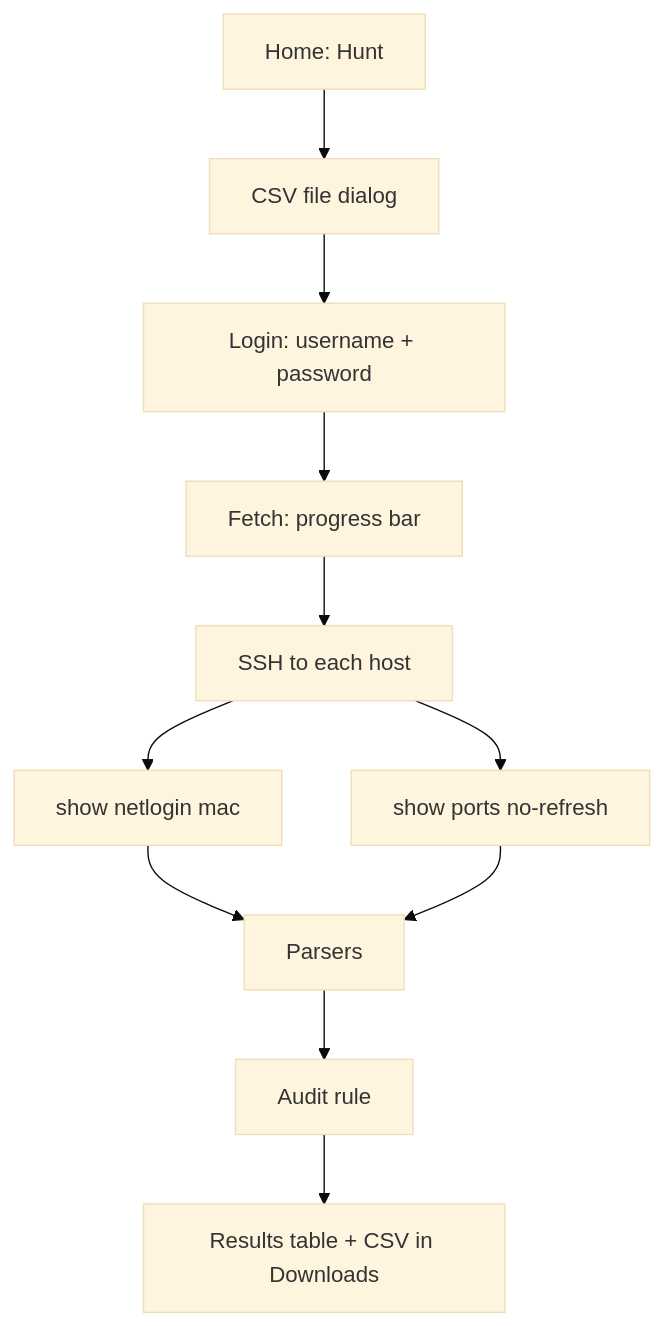
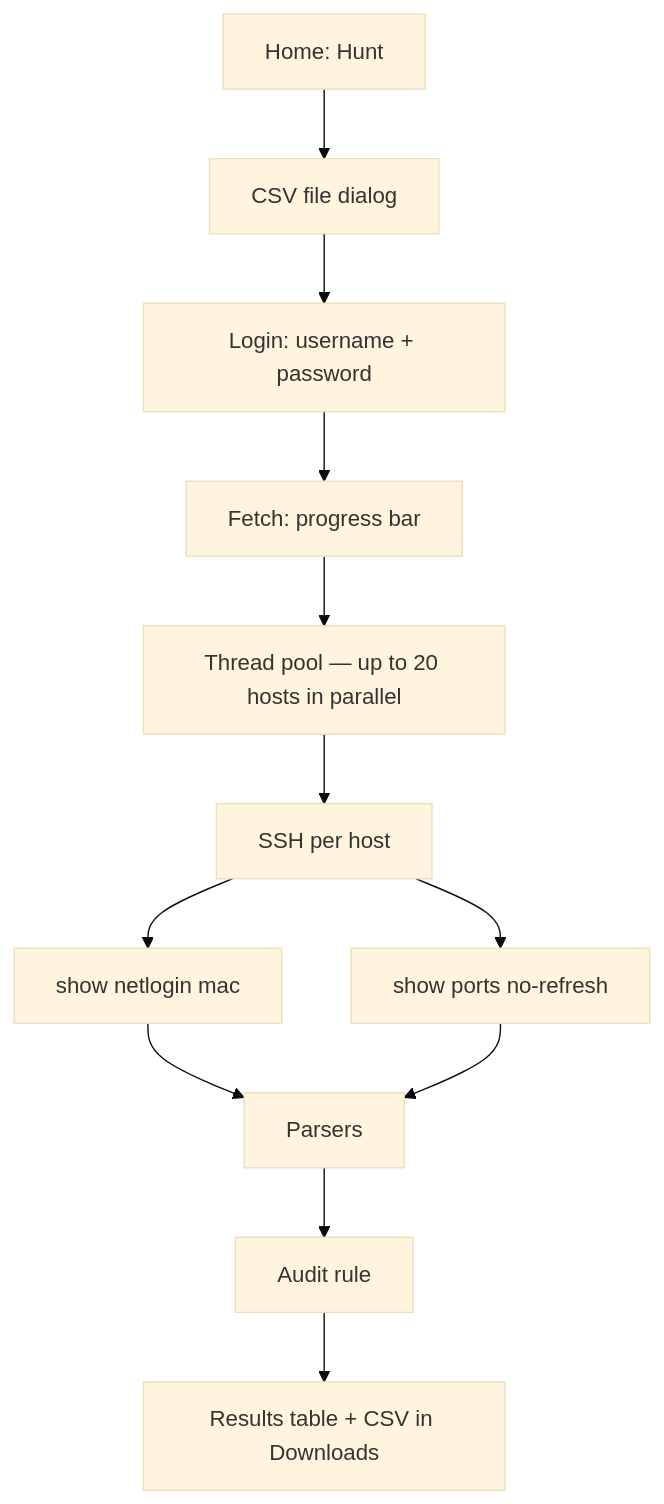
One commit to Verter18328/RPH-RougePortsHunter changed the diagram in README.md. Above: the diagram before and after it, drawn with Mermaid (base theme). The commit also changed other lines of this file and 4 other files, not shown here.

First line of the commit message:
feat: zrównoleglenie audytu SSH przez ThreadPoolExecutor

````diff
--- a/README.md
+++ b/README.md
@@ -22,13 +22,14 @@
 ```mermaid
 flowchart TD
   S[Home: Hunt] --> F[CSV file dialog]
   F --> L[Login: username + password]
   L --> P[Fetch: progress bar]
-  P --> SSH[SSH to each host]
+  P --> POOL[Thread pool — up to 20 hosts in parallel]
+  POOL --> SSH[SSH per host]
   SSH --> D[show netlogin mac]
   SSH --> E[show ports no-refresh]
   D --> PAR[Parsers]
   E --> PAR
   PAR --> R[Audit rule]
   R --> W[Results table + CSV in Downloads]
 ```
````
